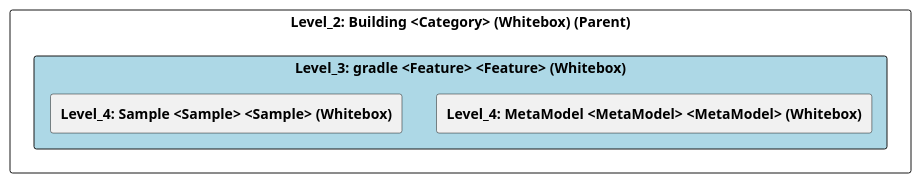
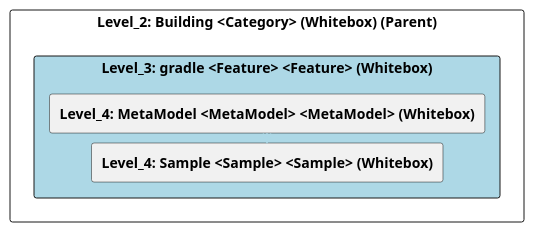
The diagram in doc/cleonproject_deliverables_architecture_model_architecture/adoc/de/05_bausteinsicht/cleon/building/gradle/ebene_3_gradle.adoc (marcozwyssig/cleon), drawn with PlantUML before and after one commit. The commit also changed other lines of this file and 187 other files, not shown here.

```diff
--- a/doc/cleonproject_deliverables_architecture_model_architecture/adoc/de/05_bausteinsicht/cleon/building/gradle/ebene_3_gradle.adoc
+++ b/doc/cleonproject_deliverables_architecture_model_architecture/adoc/de/05_bausteinsicht/cleon/building/gradle/ebene_3_gradle.adoc
@@ -20,25 +20,28 @@
 [plantuml, Level_3: gradle <Feature> <Feature> (Whitebox)BlockOverview, format="svg"]
 ----
 @startuml Level_3: gradle <Feature> <Feature> (Whitebox)BuildingBlockOverview
 
 skinparam ranksep 10
 skinparam componentStyle rectangle
 skinparam shadowing false
 skinparam arrowColor lightblue
 skinparam arrowThickness 1.2
 skinparam rectangle {
   BackgroundColor White
   BorderColor #333
   RoundCorner 10
 }
 top to bottom direction
 
 component "Level_2: Building <Category> (Whitebox) (Parent)" {
     component "Level_3: gradle <Feature> <Feature> (Whitebox)" #lightblue {
         [**Level_4: MetaModel <MetaModel> <MetaModel> (Whitebox)**] as 4A57056F_D579_11EE_903E_9F564E4DE07E
         [**Level_4: Sample <Sample> <Sample> (Whitebox)**] as 4A57056C_D579_11EE_903E_9F564E4DE07E
     }
+
+    4A57056F_D579_11EE_903E_9F564E4DE07E -down-> 4A57056C_D579_11EE_903E_9F564E4DE07E
+    
 }
 
 @enduml
 ----
```
